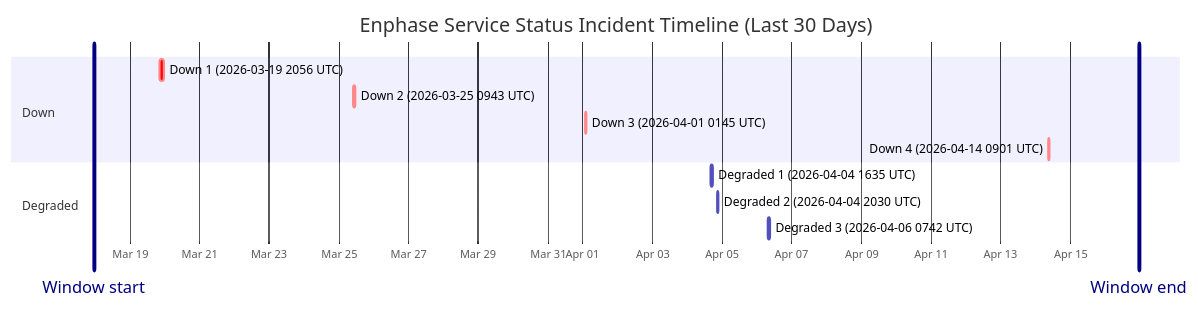
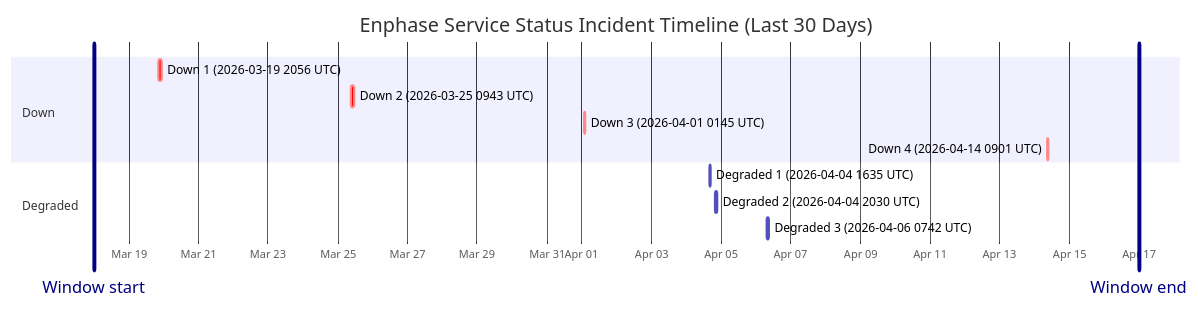
Before and after one commit to barneyonline/ha-enphase-ev-charger: the diagram in wiki/Service-Status-History.md, drawn with Mermaid. The commit also changed other lines of this file and 3 other files, not shown here.

````diff
--- a/wiki/Service-Status-History.md
+++ b/wiki/Service-Status-History.md
@@ -14,17 +14,17 @@
 ```mermaid
 gantt
     title Enphase Service Status Incident Timeline (Last 30 Days)
     dateFormat  YYYY-MM-DDTHH:mm:ss
     axisFormat  %b %d
-    Window start :vert, window-start, 2026-03-17T23:08:49, 0ms
-    Window end :vert, window-end, 2026-04-16T23:08:49, 0ms
+    Window start :vert, window-start, 2026-03-18T00:04:42, 0ms
+    Window end :vert, window-end, 2026-04-17T00:04:42, 0ms
     section Down
     Down 1 (2026-03-19 2056 UTC) :crit, down-1, 2026-03-19T20:56:20, 145m
     Down 2 (2026-03-25 0943 UTC) :crit, down-2, 2026-03-25T09:43:28, 111m
     Down 3 (2026-04-01 0145 UTC) :crit, down-3, 2026-04-01T01:45:09, 60m
     Down 4 (2026-04-14 0901 UTC) :crit, down-4, 2026-04-14T09:01:13, 60m
     section Degraded
     Degraded 1 (2026-04-04 1635 UTC) :active, degraded-1, 2026-04-04T16:35:17, 60m
     Degraded 2 (2026-04-04 2030 UTC) :active, degraded-2, 2026-04-04T20:30:40, 60m
     Degraded 3 (2026-04-06 0742 UTC) :active, degraded-3, 2026-04-06T07:42:09, 85m
 ```
````
